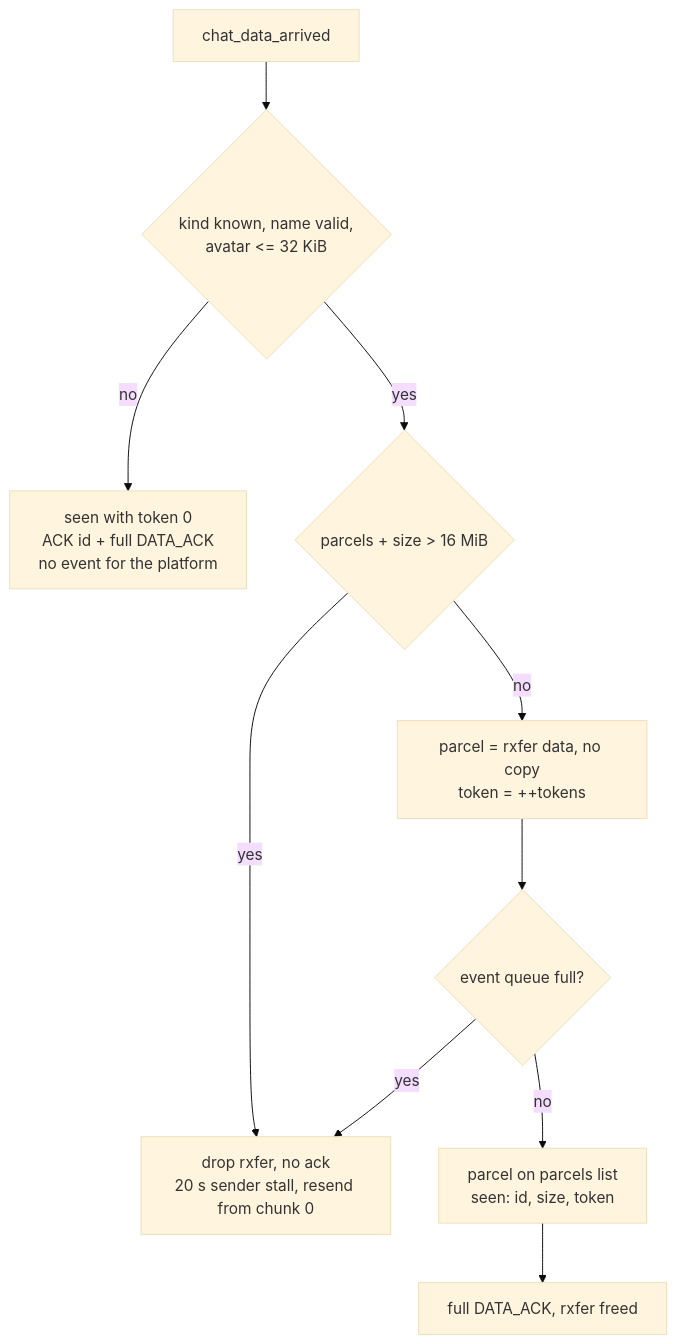
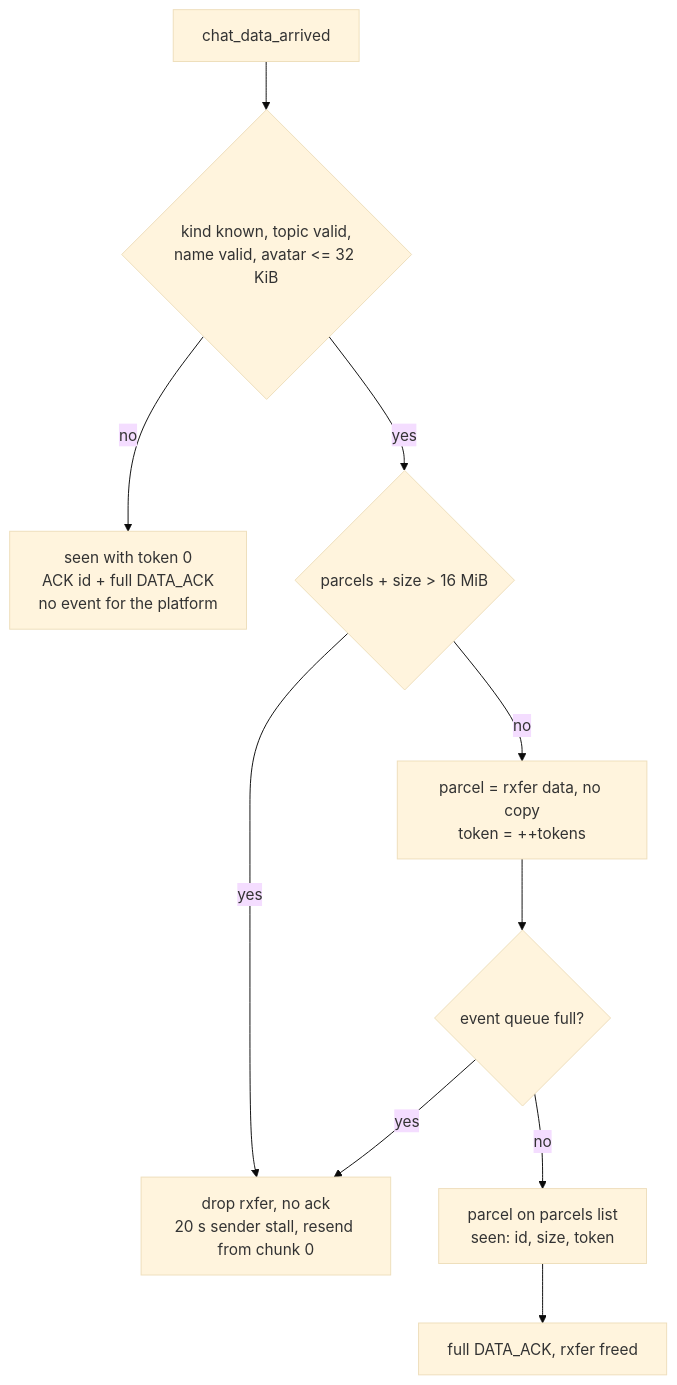
One commit to jorisvink/vigil changed the sixth of 7 diagrams in docs/parcel.md. Above: the diagram before and after it, drawn with Mermaid (base theme). The commit also changed other lines of this file and 16 other files, not shown here.

````diff
--- a/docs/parcel.md
+++ b/docs/parcel.md
@@ -228,12 +240,12 @@
 ```mermaid
 flowchart TD
-    A[chat_data_arrived] --> V{kind known, name valid,<br/>avatar <= 32 KiB}
+    A[chat_data_arrived] --> V{kind known, topic valid,<br/>name valid, avatar <= 32 KiB}
     V -- no --> DC[seen with token 0<br/>ACK id + full DATA_ACK<br/>no event for the platform]
     V -- yes --> Q{parcels + size > 16 MiB}
     Q -- yes --> W[drop rxfer, no ack<br/>20 s sender stall, resend from chunk 0]
     Q -- no --> P[parcel = rxfer data, no copy<br/>token = ++tokens]
     P --> E{event queue full?}
     E -- yes --> W
     E -- no --> L[parcel on parcels list<br/>seen: id, size, token]
     L --> F[full DATA_ACK, rxfer freed]
 ```
````
